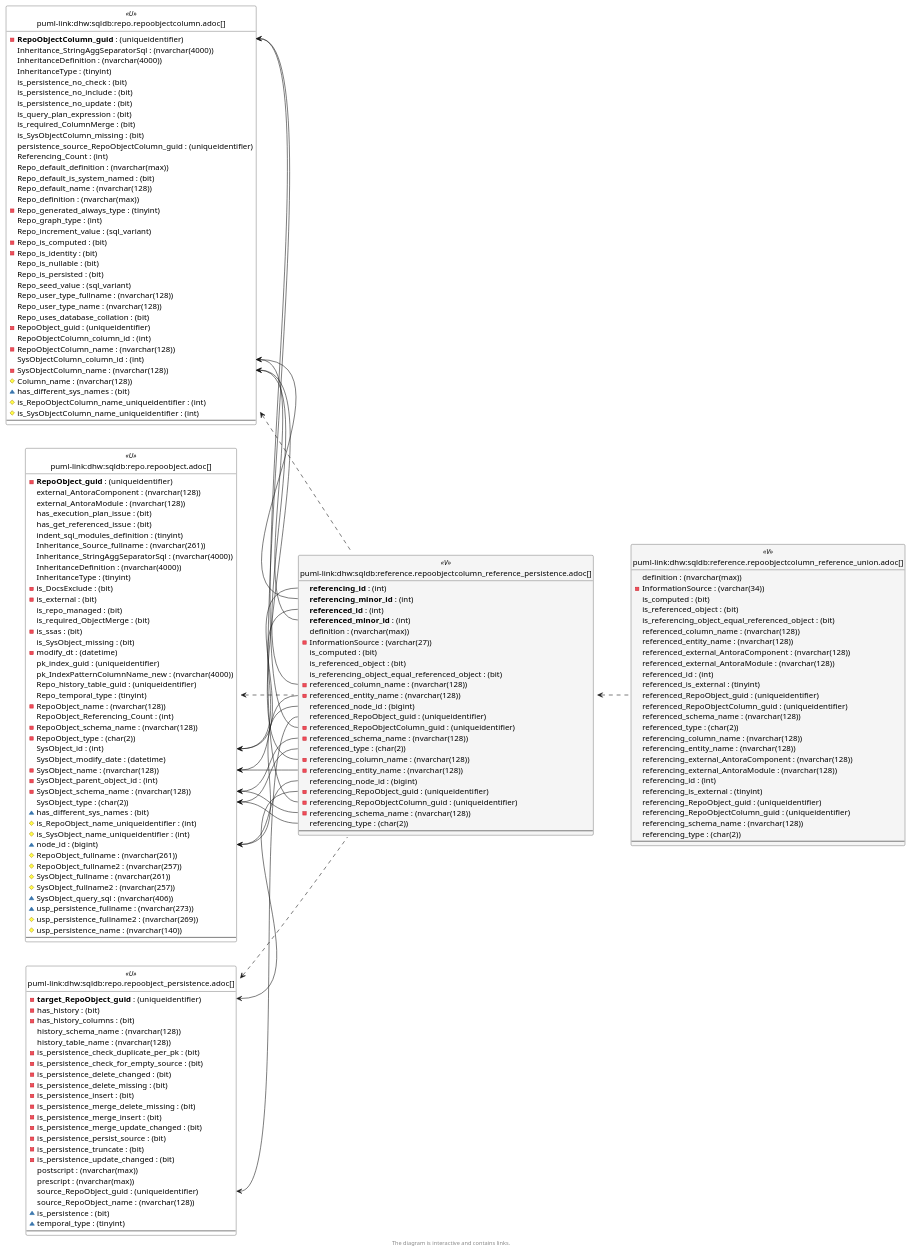
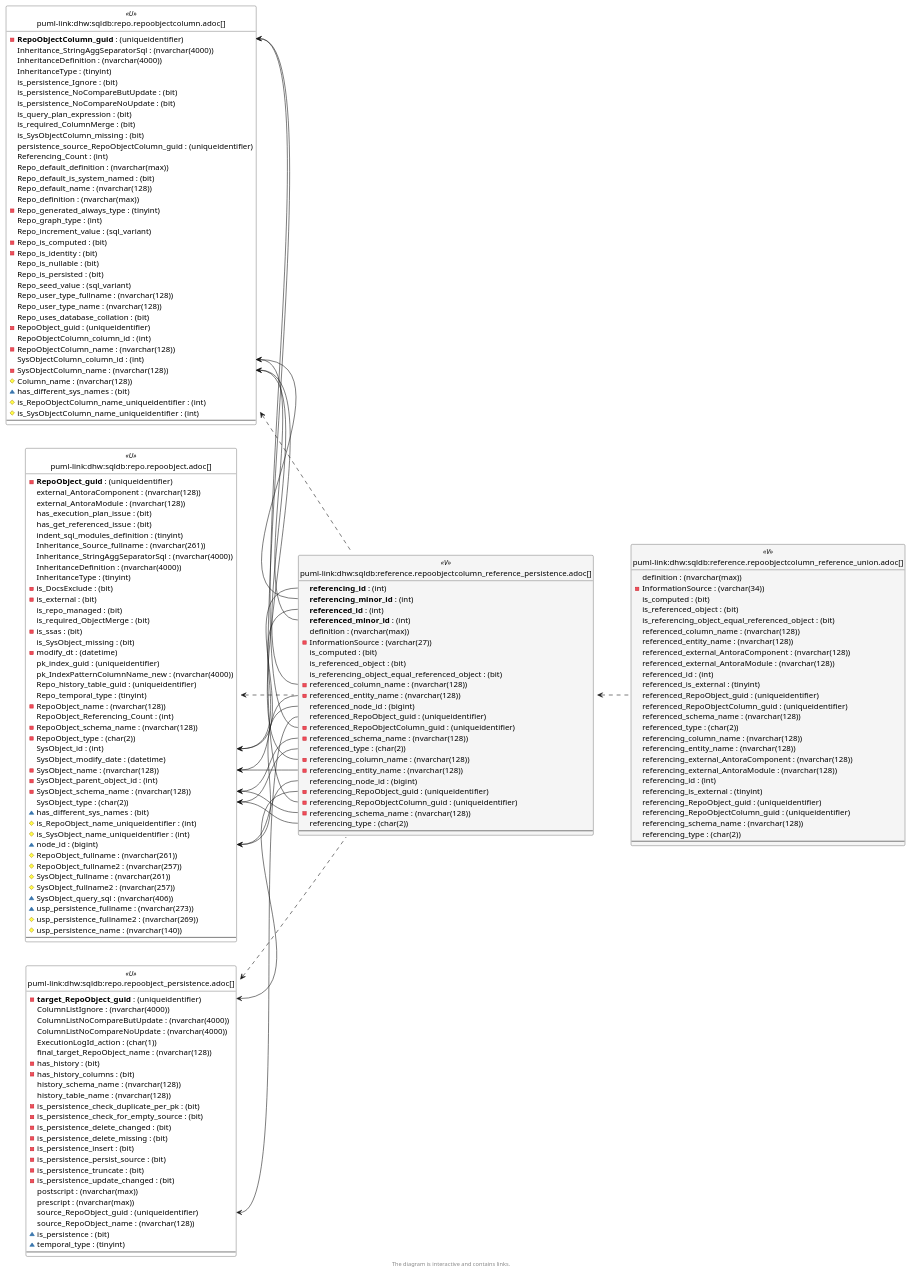
The sixth of 6 diagrams in docs/modules/sqldb/partials/content/reference.repoobjectcolumn_reference_persistence.adoc (DataHandwerk/dhw-antora-sqldb), drawn with PlantUML before and after one commit. The commit also changed other lines of this file and 751 other files, not shown here.

```diff
--- a/docs/modules/sqldb/partials/content/reference.repoobjectcolumn_reference_persistence.adoc
+++ b/docs/modules/sqldb/partials/content/reference.repoobjectcolumn_reference_persistence.adoc
@@ -2289,6 +2290,11 @@
 
 entity "puml-link:dhw:sqldb:repo.repoobject_persistence.adoc[]" as repo.RepoObject_persistence << U >> {
   - **target_RepoObject_guid** : (uniqueidentifier)
+  ColumnListIgnore : (nvarchar(4000))
+  ColumnListNoCompareButUpdate : (nvarchar(4000))
+  ColumnListNoCompareNoUpdate : (nvarchar(4000))
+  ExecutionLogId_action : (char(1))
+  final_target_RepoObject_name : (nvarchar(128))
   - has_history : (bit)
   - has_history_columns : (bit)
   history_schema_name : (nvarchar(128))
@@ -2298,9 +2304,6 @@
   - is_persistence_delete_changed : (bit)
   - is_persistence_delete_missing : (bit)
   - is_persistence_insert : (bit)
-  - is_persistence_merge_delete_missing : (bit)
-  - is_persistence_merge_insert : (bit)
-  - is_persistence_merge_update_changed : (bit)
   - is_persistence_persist_source : (bit)
   - is_persistence_truncate : (bit)
   - is_persistence_update_changed : (bit)
@@ -2318,9 +2321,9 @@
   Inheritance_StringAggSeparatorSql : (nvarchar(4000))
   InheritanceDefinition : (nvarchar(4000))
   InheritanceType : (tinyint)
-  is_persistence_no_check : (bit)
-  is_persistence_no_include : (bit)
-  is_persistence_no_update : (bit)
+  is_persistence_Ignore : (bit)
+  is_persistence_NoCompareButUpdate : (bit)
+  is_persistence_NoCompareNoUpdate : (bit)
   is_query_plan_expression : (bit)
   is_required_ColumnMerge : (bit)
   is_SysObjectColumn_missing : (bit)
@@ -2361,20 +2364,20 @@
 "repo.RepoObject::node_id" <-- "reference.RepoObjectColumn_reference_Persistence::referenced_node_id"
 "repo.RepoObject::SysObject_id" <-- "reference.RepoObjectColumn_reference_Persistence::referenced_id"
 "repo.RepoObject::SysObject_id" <-- "reference.RepoObjectColumn_reference_Persistence::referencing_id"
+"repo.RepoObject::SysObject_name" <-- "reference.RepoObjectColumn_reference_Persistence::referenced_entity_name"
 "repo.RepoObject::SysObject_name" <-- "reference.RepoObjectColumn_reference_Persistence::referencing_entity_name"
-"repo.RepoObject::SysObject_name" <-- "reference.RepoObjectColumn_reference_Persistence::referenced_entity_name"
+"repo.RepoObject::SysObject_schema_name" <-- "reference.RepoObjectColumn_reference_Persistence::referencing_schema_name"
 "repo.RepoObject::SysObject_schema_name" <-- "reference.RepoObjectColumn_reference_Persistence::referenced_schema_name"
-"repo.RepoObject::SysObject_schema_name" <-- "reference.RepoObjectColumn_reference_Persistence::referencing_schema_name"
+"repo.RepoObject::SysObject_type" <-- "reference.RepoObjectColumn_reference_Persistence::referenced_type"
 "repo.RepoObject::SysObject_type" <-- "reference.RepoObjectColumn_reference_Persistence::referencing_type"
-"repo.RepoObject::SysObject_type" <-- "reference.RepoObjectColumn_reference_Persistence::referenced_type"
 "repo.RepoObject_persistence::source_RepoObject_guid" <-- "reference.RepoObjectColumn_reference_Persistence::referenced_RepoObject_guid"
 "repo.RepoObject_persistence::target_RepoObject_guid" <-- "reference.RepoObjectColumn_reference_Persistence::referencing_RepoObject_guid"
 "repo.RepoObjectColumn::RepoObjectColumn_guid" <-- "reference.RepoObjectColumn_reference_Persistence::referencing_RepoObjectColumn_guid"
 "repo.RepoObjectColumn::RepoObjectColumn_guid" <-- "reference.RepoObjectColumn_reference_Persistence::referenced_RepoObjectColumn_guid"
 "repo.RepoObjectColumn::SysObjectColumn_column_id" <-- "reference.RepoObjectColumn_reference_Persistence::referenced_minor_id"
 "repo.RepoObjectColumn::SysObjectColumn_column_id" <-- "reference.RepoObjectColumn_reference_Persistence::referencing_minor_id"
+"repo.RepoObjectColumn::SysObjectColumn_name" <-- "reference.RepoObjectColumn_reference_Persistence::referenced_column_name"
 "repo.RepoObjectColumn::SysObjectColumn_name" <-- "reference.RepoObjectColumn_reference_Persistence::referencing_column_name"
-"repo.RepoObjectColumn::SysObjectColumn_name" <-- "reference.RepoObjectColumn_reference_Persistence::referenced_column_name"
 
 footer The diagram is interactive and contains links.
 
```
